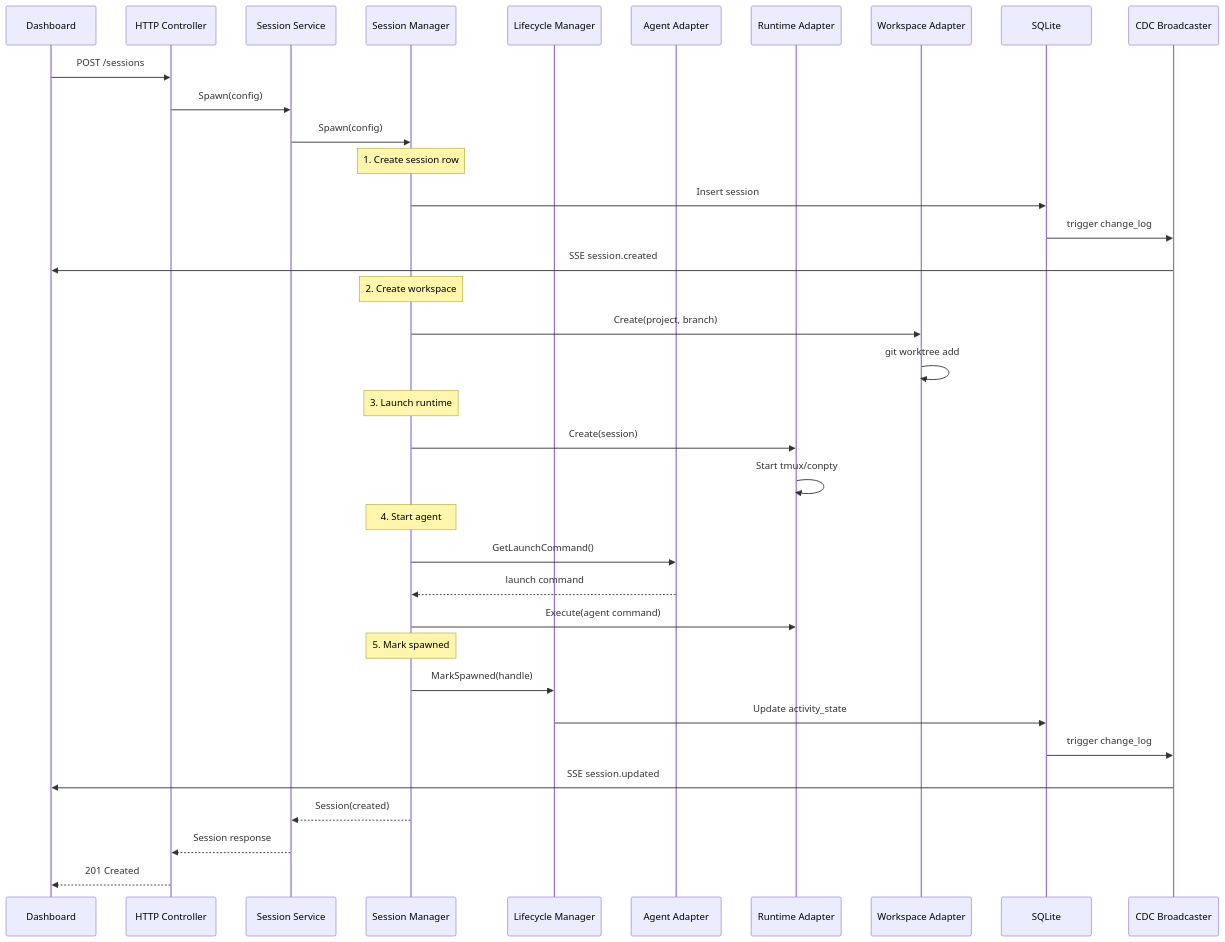
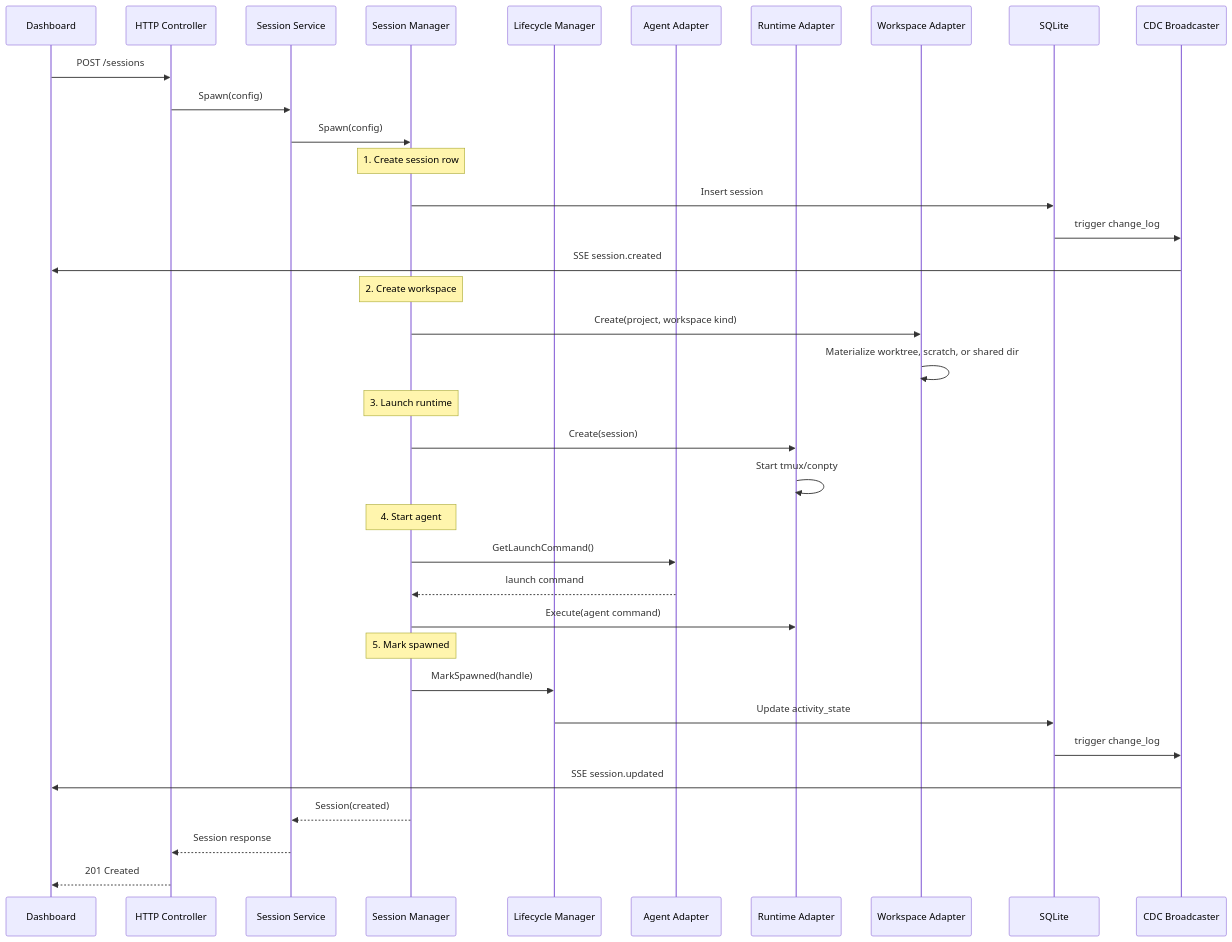
Before and after one commit to xuelongmu/agent-orchestrator: the sixth of 23 diagrams in docs/architecture.md, drawn with Mermaid. The commit also changed other lines of this file and 48 other files, not shown here.

Commit message:
feat(core): add scratch and directory workspace kinds

````diff
--- a/docs/architecture.md
+++ b/docs/architecture.md
@@ -213,45 +213,45 @@
 ```mermaid
 sequenceDiagram
     participant UI as Dashboard
     participant HTTP as HTTP Controller
     participant Svc as Session Service
     participant Mgr as Session Manager
     participant LCM as Lifecycle Manager
     participant Agent as Agent Adapter
     participant Runtime as Runtime Adapter
     participant WS as Workspace Adapter
     participant DB as SQLite
     participant CDC as CDC Broadcaster
 
     UI->>HTTP: POST /sessions
     HTTP->>Svc: Spawn(config)
     Svc->>Mgr: Spawn(config)
 
     Note over Mgr: 1. Create session row
     Mgr->>DB: Insert session
     DB->>CDC: trigger change_log
     CDC->>UI: SSE session.created
 
     Note over Mgr: 2. Create workspace
-    Mgr->>WS: Create(project, branch)
-    WS->>WS: git worktree add
+    Mgr->>WS: Create(project, workspace kind)
+    WS->>WS: Materialize worktree, scratch, or shared dir
 
     Note over Mgr: 3. Launch runtime
     Mgr->>Runtime: Create(session)
     Runtime->>Runtime: Start tmux/conpty
 
     Note over Mgr: 4. Start agent
     Mgr->>Agent: GetLaunchCommand()
     Agent-->>Mgr: launch command
     Mgr->>Runtime: Execute(agent command)
 
     Note over Mgr: 5. Mark spawned
     Mgr->>LCM: MarkSpawned(handle)
     LCM->>DB: Update activity_state
     DB->>CDC: trigger change_log
     CDC->>UI: SSE session.updated
 
     Mgr-->>Svc: Session(created)
     Svc-->>HTTP: Session response
     HTTP-->>UI: 201 Created
 ```
````
